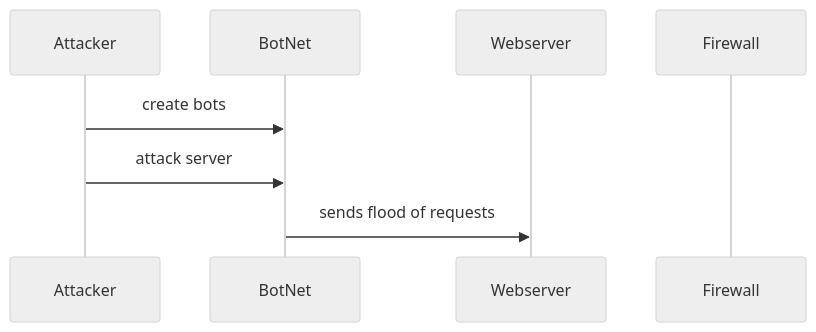
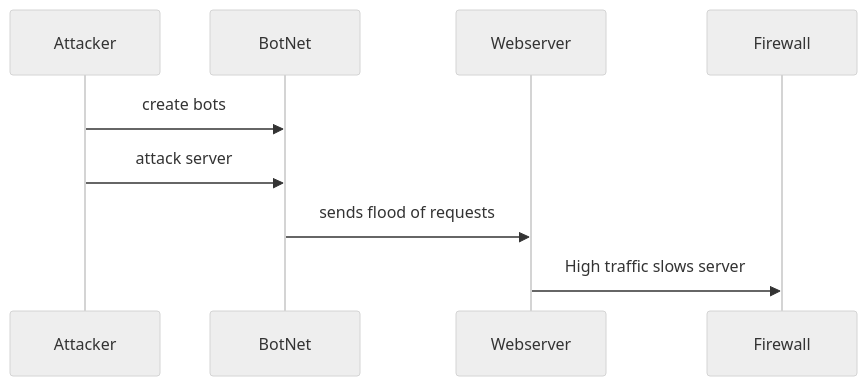
The diagram in DDoS_Attack_Sequence.md (G-Marotta/Flowchart), drawn with Mermaid (neutral theme) before and after one commit.

````diff
--- a/DDoS_Attack_Sequence.md
+++ b/DDoS_Attack_Sequence.md
@@ -2,11 +2,11 @@
 ```mermaid
 sequenceDiagram
     participant Attacker
     participant BotNet
     participant Webserver
     participant Firewall
     Attacker->>BotNet: create bots
     Attacker->>BotNet: attack server
     BotNet->>Webserver: sends flood of requests
-    
+    Webserver->>Firewall: High traffic slows server
 ```
````
